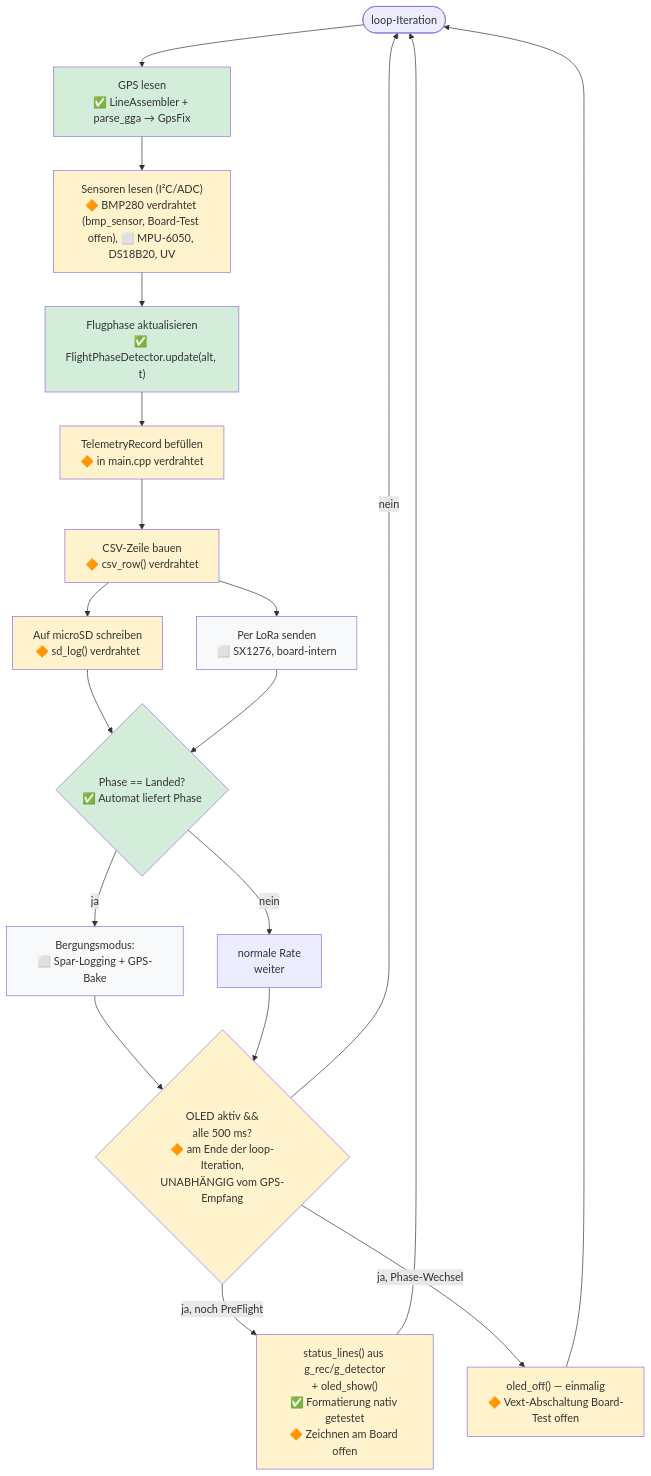
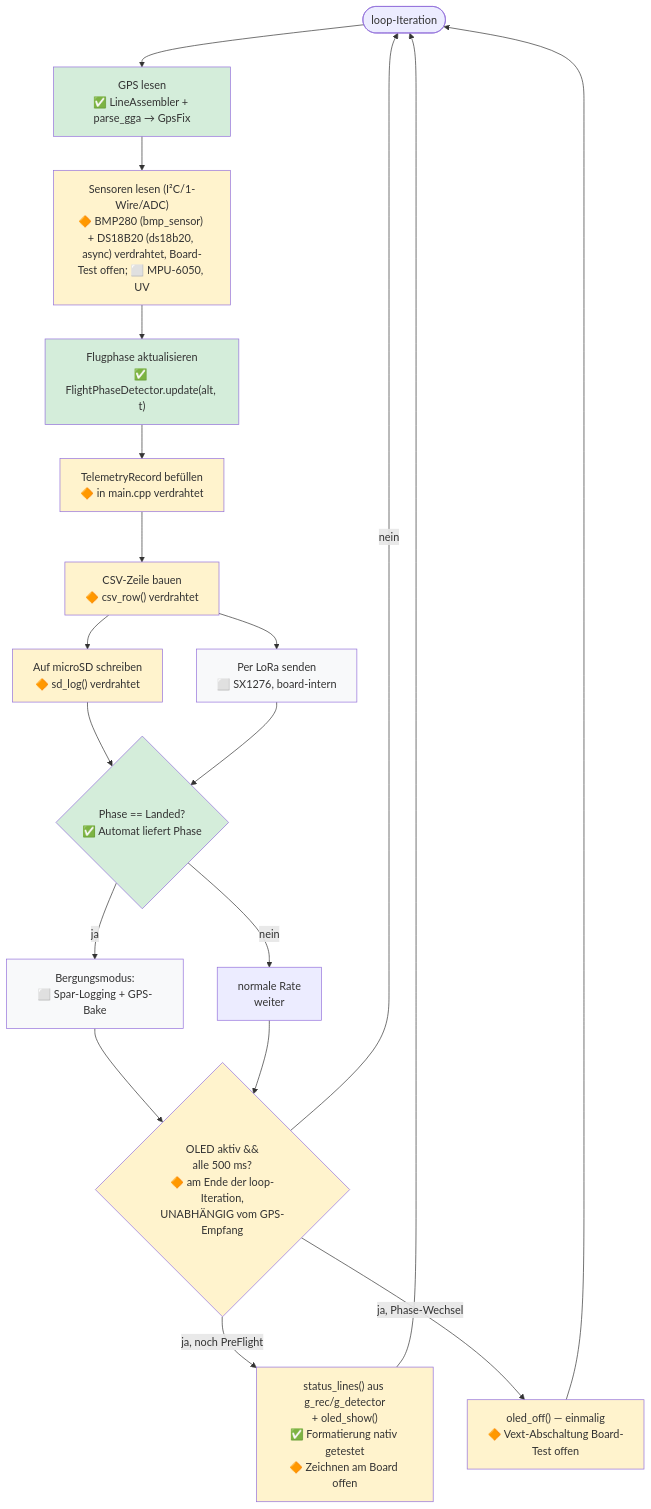
Before and after one commit to rhoentier/weather_balloon: the fourth of 6 diagrams in docs/software-flow.md, drawn with Mermaid. The commit also changed other lines of this file and 5 other files, not shown here.

````diff
--- a/docs/software-flow.md
+++ b/docs/software-flow.md
@@ -137,41 +138,41 @@
 ```mermaid
 flowchart TD
     L([loop-Iteration]) --> READ_GPS["GPS lesen<br/>✅ LineAssembler + parse_gga → GpsFix"]
-    READ_GPS --> READ_SENS["Sensoren lesen (I²C/ADC)<br/>🔶 BMP280 verdrahtet (bmp_sensor, Board-Test offen), ⬜ MPU-6050, DS18B20, UV"]
+    READ_GPS --> READ_SENS["Sensoren lesen (I²C/1-Wire/ADC)<br/>🔶 BMP280 (bmp_sensor) + DS18B20 (ds18b20, async) verdrahtet, Board-Test offen; ⬜ MPU-6050, UV"]
 
     READ_SENS --> PHASE["Flugphase aktualisieren<br/>✅ FlightPhaseDetector.update(alt, t)"]
     PHASE --> BUILD["TelemetryRecord befüllen<br/>🔶 in main.cpp verdrahtet"]
 
     BUILD --> CSV["CSV-Zeile bauen<br/>🔶 csv_row() verdrahtet"]
 
     CSV --> SD["Auf microSD schreiben<br/>🔶 sd_log() verdrahtet"]
     CSV --> LORA["Per LoRa senden<br/>⬜ SX1276, board-intern"]
 
     SD --> RATE{"Phase == Landed?<br/>✅ Automat liefert Phase"}
     LORA --> RATE
     RATE -->|ja| SLOW["Bergungsmodus:<br/>⬜ Spar-Logging + GPS-Bake"]
     RATE -->|nein| FAST["normale Rate<br/>weiter"]
 
     SLOW --> OLED
     FAST --> OLED
 
     OLED{"OLED aktiv &&<br/>alle 500 ms?<br/>🔶 am Ende der loop-Iteration,<br/>UNABHÄNGIG vom GPS-Empfang"}
     OLED -->|nein| L
     OLED -->|ja, noch PreFlight| SHOW["status_lines() aus g_rec/g_detector<br/>+ oled_show()<br/>✅ Formatierung nativ getestet<br/>🔶 Zeichnen am Board offen"]
     OLED -->|ja, Phase-Wechsel| OFF["oled_off() — einmalig<br/>🔶 Vext-Abschaltung Board-Test offen"]
     SHOW --> L
     OFF --> L
 
     style PHASE fill:#d4edda
     style BUILD fill:#fff3cd
     style CSV fill:#fff3cd
     style RATE fill:#d4edda
     style READ_GPS fill:#d4edda
     style READ_SENS fill:#fff3cd
     style SD fill:#fff3cd
     style LORA fill:#f8f9fa
     style SLOW fill:#f8f9fa
     style OLED fill:#fff3cd
     style SHOW fill:#fff3cd
     style OFF fill:#fff3cd
 ```
````
